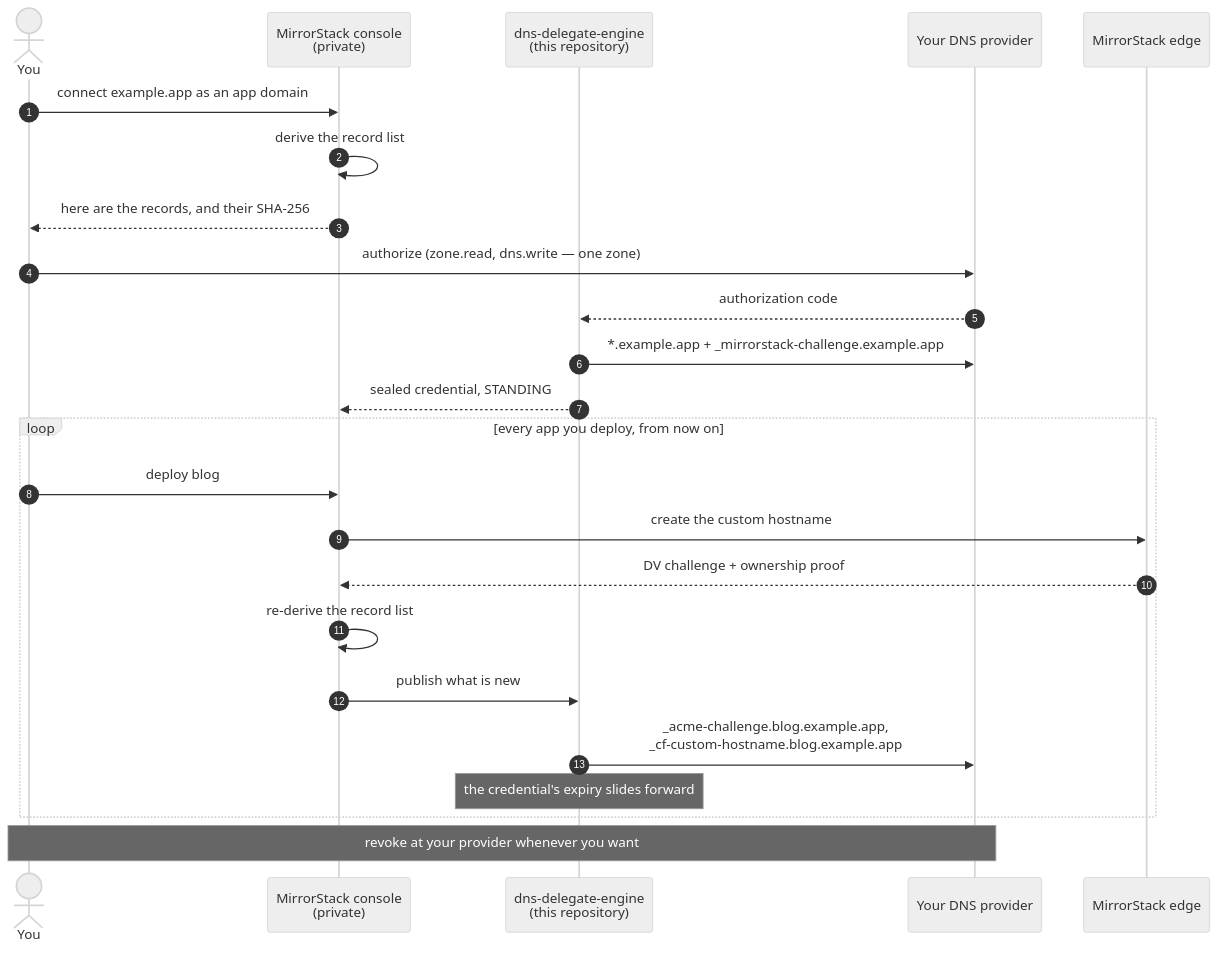
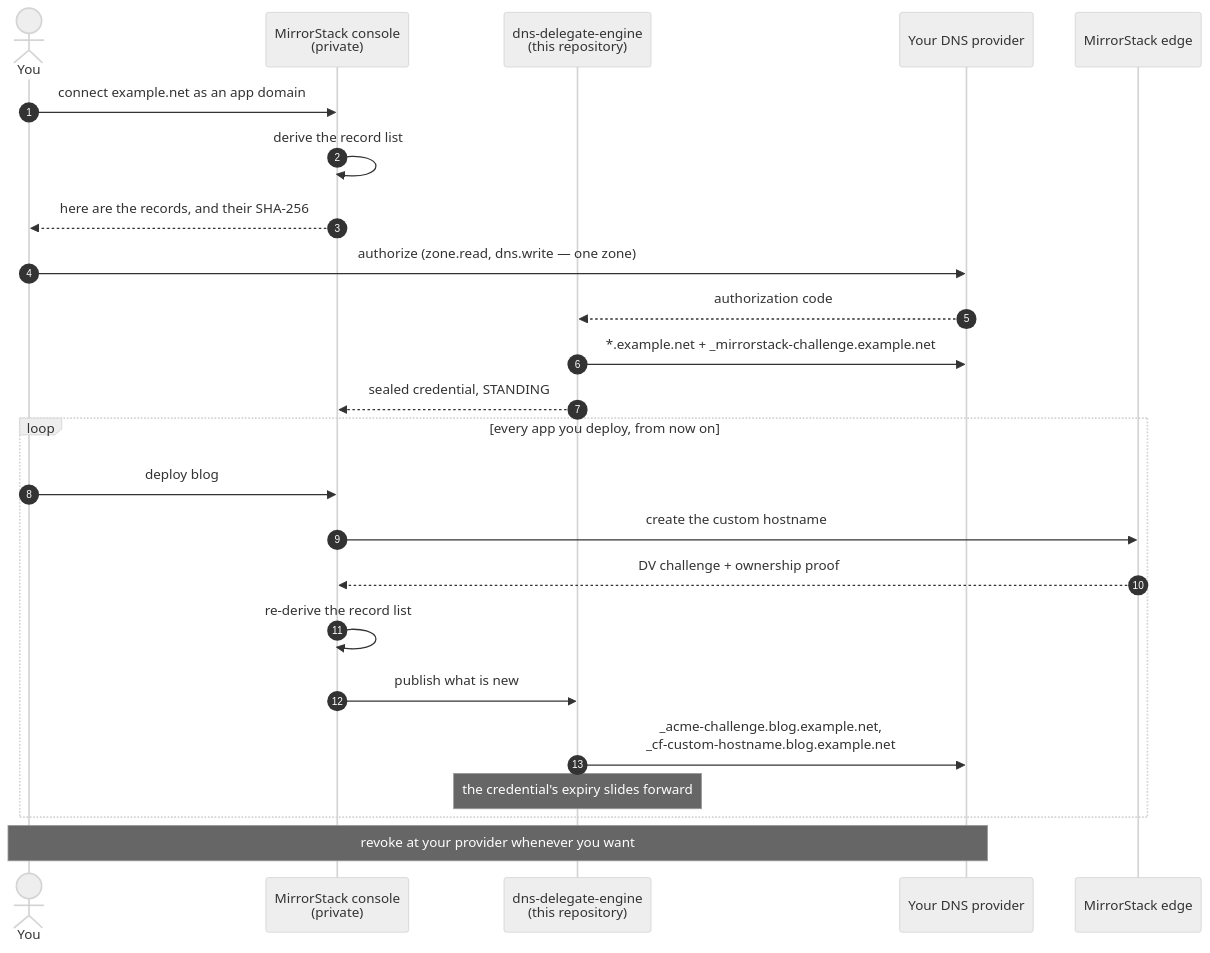
The second of 4 diagrams in README.md (mirrorstack-ai/dns-delegate-engine), drawn with Mermaid (neutral theme) before and after one commit. The commit also changed other lines of this file and 2 other files, not shown here.

````diff
--- a/README.md
+++ b/README.md
@@ -183,30 +185,30 @@
 ```mermaid
 sequenceDiagram
     autonumber
     actor You
     participant Console as MirrorStack console<br/>(private)
     participant Engine as dns-delegate-engine<br/>(this repository)
     participant CF as Your DNS provider
     participant Edge as MirrorStack edge
 
-    You->>Console: connect example.app as an app domain
+    You->>Console: connect example.net as an app domain
     Console->>Console: derive the record list
     Console-->>You: here are the records, and their SHA-256
 
     You->>CF: authorize (zone.read, dns.write — one zone)
     CF-->>Engine: authorization code
-    Engine->>CF: *.example.app + _mirrorstack-challenge.example.app
+    Engine->>CF: *.example.net + _mirrorstack-challenge.example.net
     Engine-->>Console: sealed credential, STANDING
 
     loop every app you deploy, from now on
         You->>Console: deploy blog
         Console->>Edge: create the custom hostname
         Edge-->>Console: DV challenge + ownership proof
         Console->>Console: re-derive the record list
         Console->>Engine: publish what is new
-        Engine->>CF: _acme-challenge.blog.example.app,<br/>_cf-custom-hostname.blog.example.app
+        Engine->>CF: _acme-challenge.blog.example.net,<br/>_cf-custom-hostname.blog.example.net
         Note over Engine: the credential's expiry slides forward
     end
 
     Note over You,CF: revoke at your provider whenever you want
 ```
````
